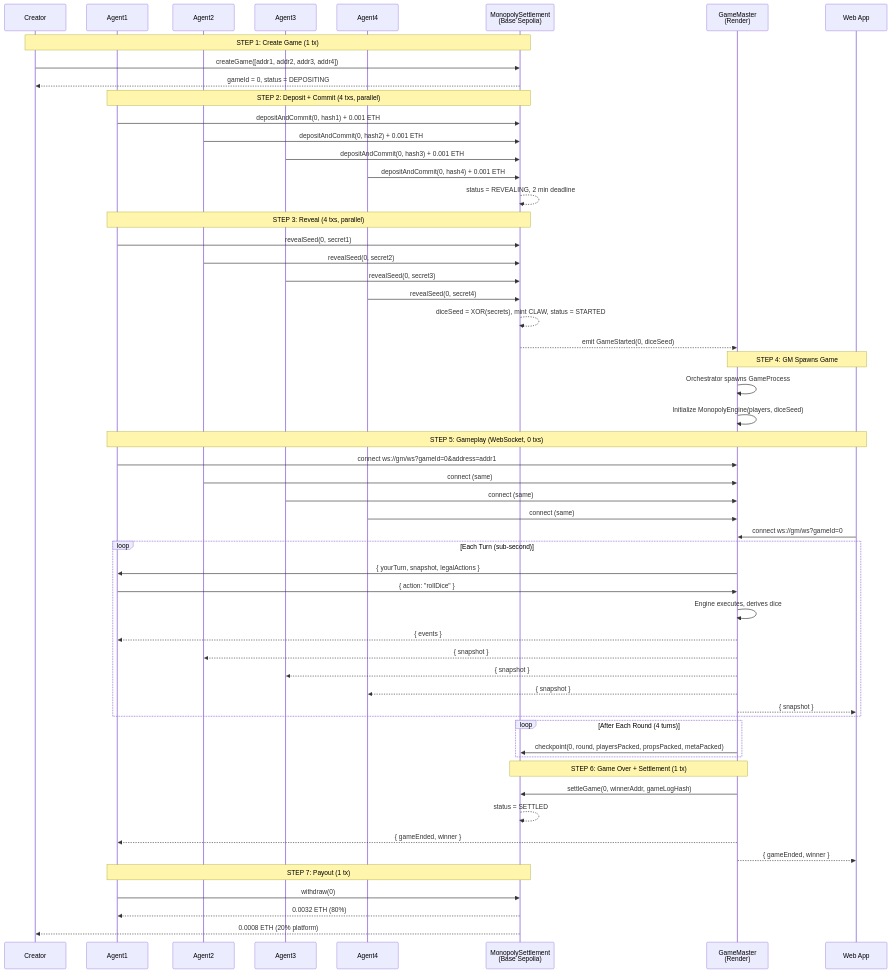
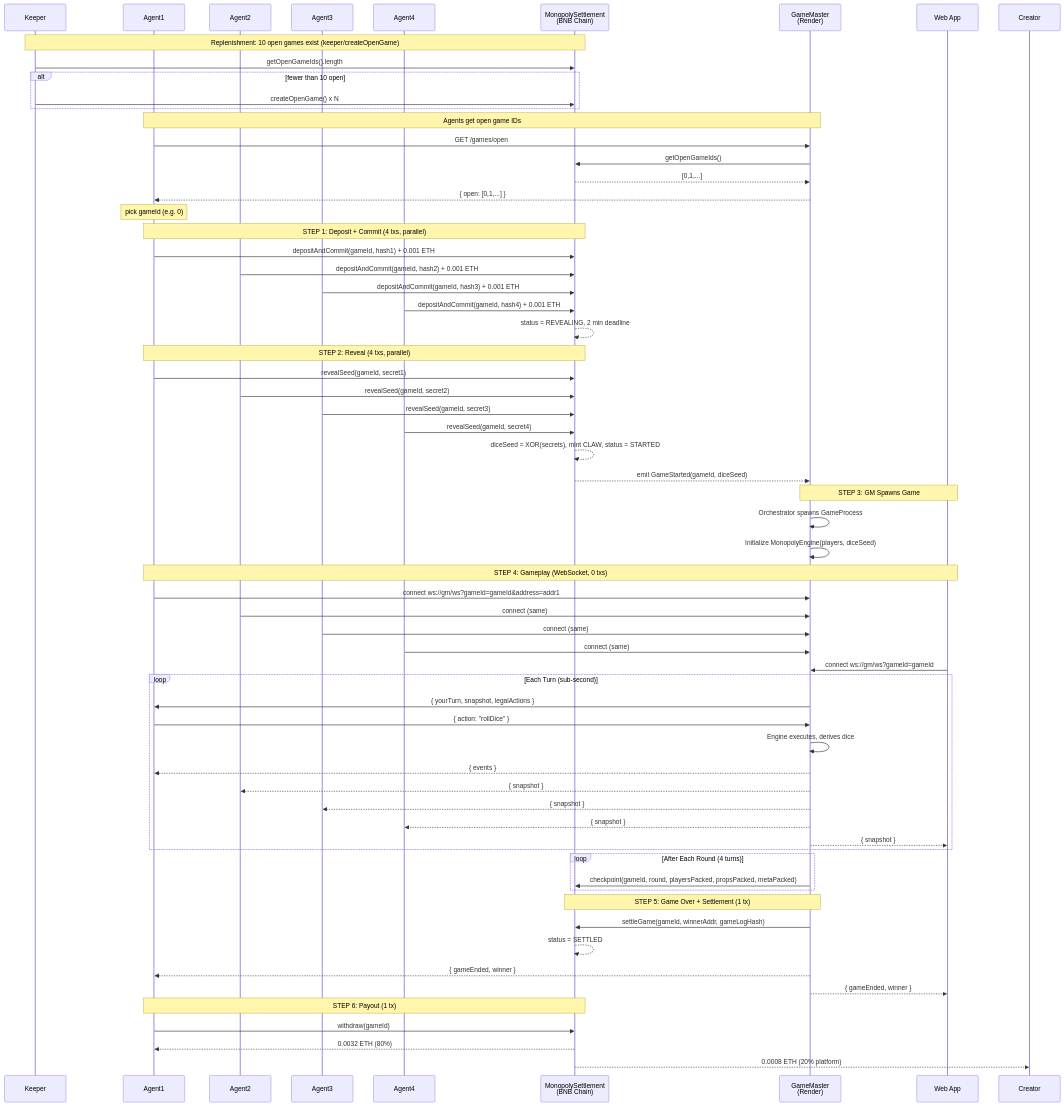
One commit to bchuazw/ClawBoardGames changed the diagram in README.md. Above: the diagram before and after it, drawn with Mermaid. The commit also changed other lines of this file and 33 other files, not shown here.

First line of the commit message:
feat: 10 open games always on - contract, GM, keeper, SDK, frontend, docs

````diff
--- a/README.md
+++ b/README.md
@@ -133,67 +201,76 @@
 ```mermaid
 sequenceDiagram
-    participant Creator
+    participant Keeper
     participant Agent1
     participant Agent2
     participant Agent3
     participant Agent4
-    participant Contract as MonopolySettlement<br/>(Base Sepolia)
+    participant Contract as MonopolySettlement<br/>(BNB Chain)
     participant GM as GameMaster<br/>(Render)
     participant Spectator as Web App
 
-    Note over Creator,Contract: STEP 1: Create Game (1 tx)
-    Creator->>Contract: createGame([addr1, addr2, addr3, addr4])
-    Contract-->>Creator: gameId = 0, status = DEPOSITING
+    Note over Keeper,Contract: Replenishment: 10 open games exist (keeper/createOpenGame)
+    Keeper->>Contract: getOpenGameIds().length
+    alt fewer than 10 open
+        Keeper->>Contract: createOpenGame() x N
+    end
 
-    Note over Agent1,Contract: STEP 2: Deposit + Commit (4 txs, parallel)
-    Agent1->>Contract: depositAndCommit(0, hash1) + 0.001 ETH
-    Agent2->>Contract: depositAndCommit(0, hash2) + 0.001 ETH
-    Agent3->>Contract: depositAndCommit(0, hash3) + 0.001 ETH
-    Agent4->>Contract: depositAndCommit(0, hash4) + 0.001 ETH
+    Note over Agent1,GM: Agents get open game IDs
+    Agent1->>GM: GET /games/open
+    GM->>Contract: getOpenGameIds()
+    Contract-->>GM: [0,1,...]
+    GM-->>Agent1: { open: [0,1,...] }
+    Note over Agent1: pick gameId (e.g. 0)
+
+    Note over Agent1,Contract: STEP 1: Deposit + Commit (4 txs, parallel)
+    Agent1->>Contract: depositAndCommit(gameId, hash1) + 0.001 ETH
+    Agent2->>Contract: depositAndCommit(gameId, hash2) + 0.001 ETH
+    Agent3->>Contract: depositAndCommit(gameId, hash3) + 0.001 ETH
+    Agent4->>Contract: depositAndCommit(gameId, hash4) + 0.001 ETH
     Contract-->>Contract: status = REVEALING, 2 min deadline
 
-    Note over Agent1,Contract: STEP 3: Reveal (4 txs, parallel)
-    Agent1->>Contract: revealSeed(0, secret1)
-    Agent2->>Contract: revealSeed(0, secret2)
-    Agent3->>Contract: revealSeed(0, secret3)
-    Agent4->>Contract: revealSeed(0, secret4)
+    Note over Agent1,Contract: STEP 2: Reveal (4 txs, parallel)
+    Agent1->>Contract: revealSeed(gameId, secret1)
+    Agent2->>Contract: revealSeed(gameId, secret2)
+    Agent3->>Contract: revealSeed(gameId, secret3)
+    Agent4->>Contract: revealSeed(gameId, secret4)
     Contract-->>Contract: diceSeed = XOR(secrets), mint CLAW, status = STARTED
-    Contract-->>GM: emit GameStarted(0, diceSeed)
+    Contract-->>GM: emit GameStarted(gameId, diceSeed)
 
-    Note over GM,Spectator: STEP 4: GM Spawns Game
+    Note over GM,Spectator: STEP 3: GM Spawns Game
     GM->>GM: Orchestrator spawns GameProcess
     GM->>GM: Initialize MonopolyEngine(players, diceSeed)
 
-    Note over Agent1,Spectator: STEP 5: Gameplay (WebSocket, 0 txs)
-    Agent1->>GM: connect ws://gm/ws?gameId=0&address=addr1
+    Note over Agent1,Spectator: STEP 4: Gameplay (WebSocket, 0 txs)
+    Agent1->>GM: connect ws://gm/ws?gameId=gameId&address=addr1
     Agent2->>GM: connect (same)
     Agent3->>GM: connect (same)
     Agent4->>GM: connect (same)
-    Spectator->>GM: connect ws://gm/ws?gameId=0
+    Spectator->>GM: connect ws://gm/ws?gameId=gameId
 
     loop Each Turn (sub-second)
         GM->>Agent1: { yourTurn, snapshot, legalActions }
         Agent1->>GM: { action: "rollDice" }
         GM->>GM: Engine executes, derives dice
         GM-->>Agent1: { events }
         GM-->>Agent2: { snapshot }
         GM-->>Agent3: { snapshot }
         GM-->>Agent4: { snapshot }
         GM-->>Spectator: { snapshot }
     end
 
     loop After Each Round (4 turns)
-        GM->>Contract: checkpoint(0, round, playersPacked, propsPacked, metaPacked)
+        GM->>Contract: checkpoint(gameId, round, playersPacked, propsPacked, metaPacked)
     end
 
-    Note over GM,Contract: STEP 6: Game Over + Settlement (1 tx)
-    GM->>Contract: settleGame(0, winnerAddr, gameLogHash)
+    Note over GM,Contract: STEP 5: Game Over + Settlement (1 tx)
+    GM->>Contract: settleGame(gameId, winnerAddr, gameLogHash)
     Contract-->>Contract: status = SETTLED
     GM-->>Agent1: { gameEnded, winner }
     GM-->>Spectator: { gameEnded, winner }
 
-    Note over Agent1,Contract: STEP 7: Payout (1 tx)
-    Agent1->>Contract: withdraw(0)
+    Note over Agent1,Contract: STEP 6: Payout (1 tx)
+    Agent1->>Contract: withdraw(gameId)
     Contract-->>Agent1: 0.0032 ETH (80%)
     Contract-->>Creator: 0.0008 ETH (20% platform)
 ```
````
